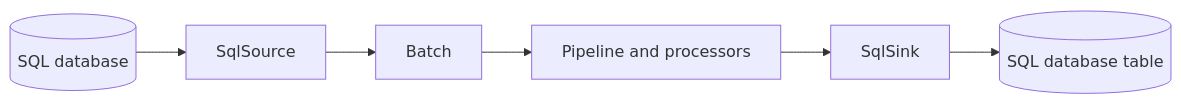
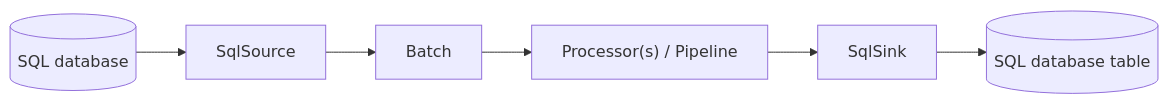
One commit to apaquette/ETLRelay changed the first of 2 diagrams in docs/architecture/sql_source_and_sink.md. Above: the diagram before and after it, drawn with Mermaid. The commit also changed other lines of this file and 38 other files, not shown here.

````diff
--- a/docs/architecture/sql_source_and_sink.md
+++ b/docs/architecture/sql_source_and_sink.md
@@ -7,8 +7,8 @@
 ```mermaid
 flowchart LR
     DB[(SQL database)] --> SqlSource[SqlSource]
     SqlSource --> Batch[Batch]
-    Batch --> Pipeline["Pipeline and processors"]
+    Batch --> Pipeline["Processor(s) / Pipeline"]
     Pipeline --> SqlSink[SqlSink]
     SqlSink --> DB2[(SQL database table)]
 ```
````
